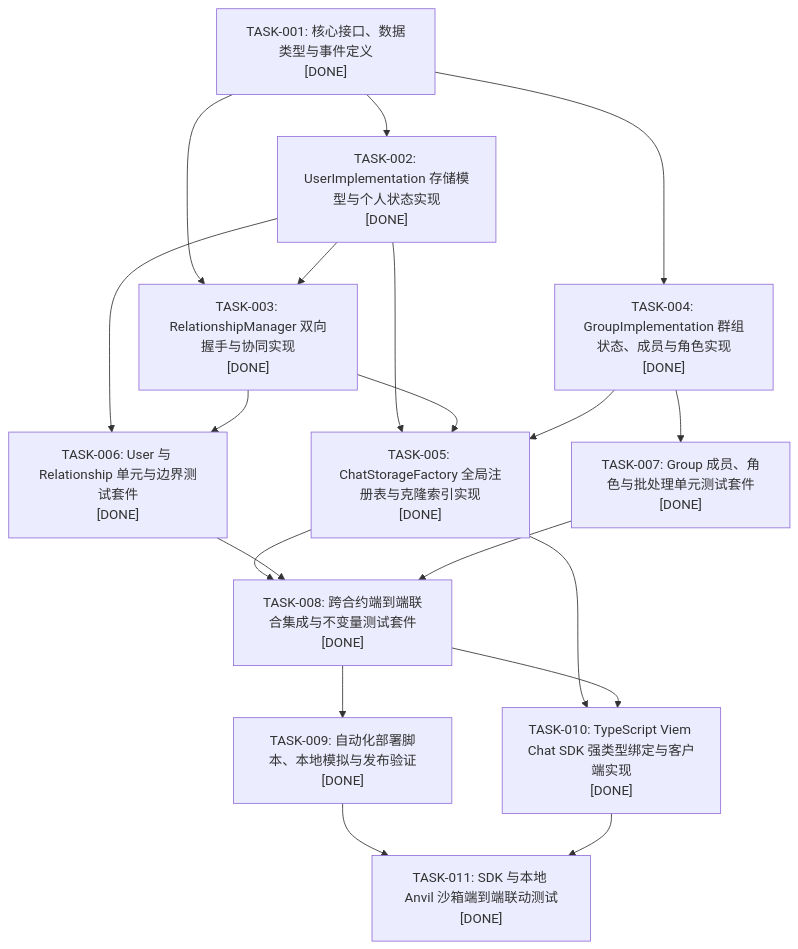
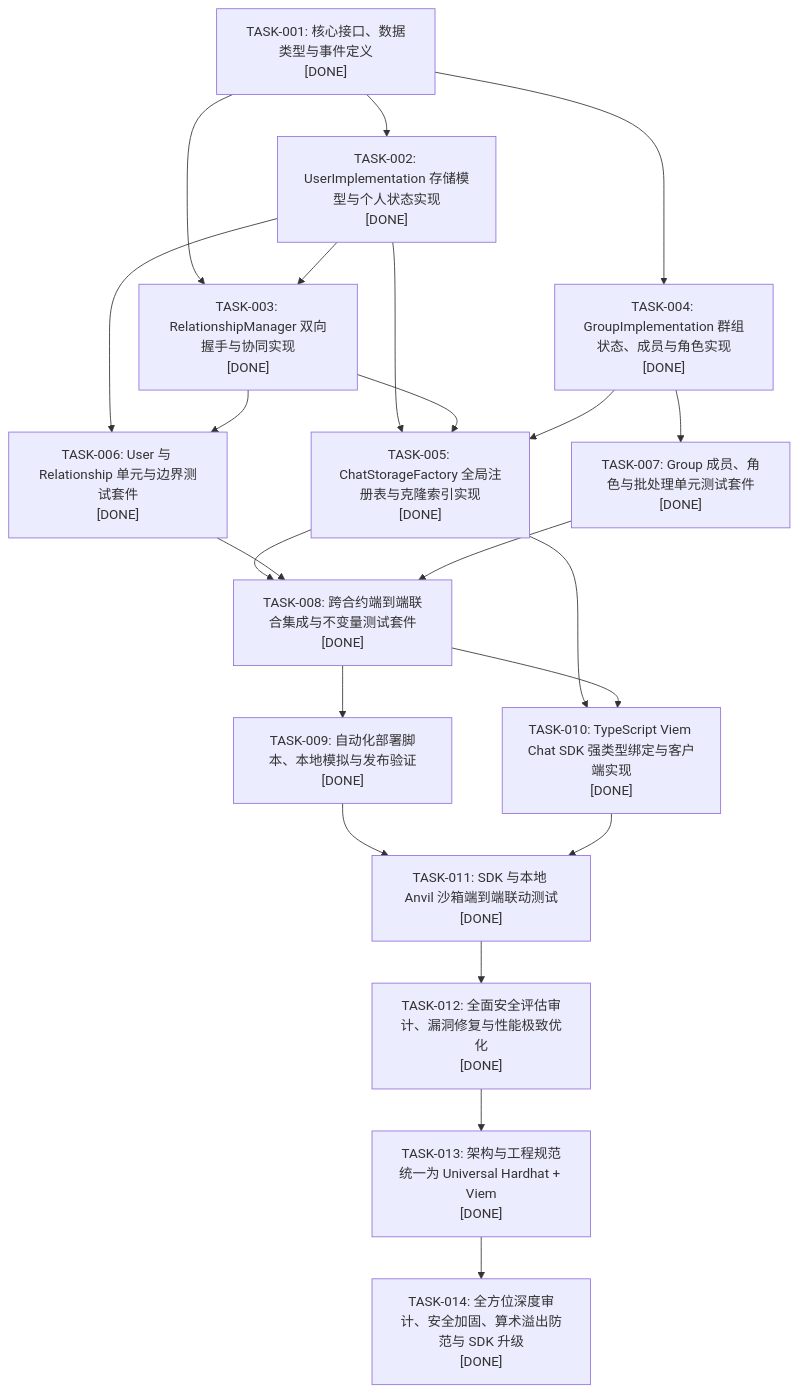
Before and after one commit to xzsean666/web3-chat-contract: the diagram in docs/AI/TASK_INDEX.md, drawn with Mermaid. The commit also changed other lines of this file and 125 other files, not shown here.

Commit message:
feat(audit): unify Hardhat Viem toolchain, apply security & performance audit hardening, and update SDK

````diff
--- a/docs/AI/TASK_INDEX.md
+++ b/docs/AI/TASK_INDEX.md
@@ -9,26 +9,32 @@
 ```mermaid
 flowchart TD
     TASK001["TASK-001: 核心接口、数据类型与事件定义\n[DONE]"]
     TASK002["TASK-002: UserImplementation 存储模型与个人状态实现\n[DONE]"]
     TASK003["TASK-003: RelationshipManager 双向握手与协同实现\n[DONE]"]
     TASK004["TASK-004: GroupImplementation 群组状态、成员与角色实现\n[DONE]"]
     TASK005["TASK-005: ChatStorageFactory 全局注册表与克隆索引实现\n[DONE]"]
     TASK006["TASK-006: User 与 Relationship 单元与边界测试套件\n[DONE]"]
     TASK007["TASK-007: Group 成员、角色与批处理单元测试套件\n[DONE]"]
     TASK008["TASK-008: 跨合约端到端联合集成与不变量测试套件\n[DONE]"]
     TASK009["TASK-009: 自动化部署脚本、本地模拟与发布验证\n[DONE]"]
     TASK010["TASK-010: TypeScript Viem Chat SDK 强类型绑定与客户端实现\n[DONE]"]
     TASK011["TASK-011: SDK 与本地 Anvil 沙箱端到端联动测试\n[DONE]"]
+    TASK012["TASK-012: 全面安全评估审计、漏洞修复与性能极致优化\n[DONE]"]
+    TASK013["TASK-013: 架构与工程规范统一为 Universal Hardhat + Viem\n[DONE]"]
+    TASK014["TASK-014: 全方位深度审计、安全加固、算术溢出防范与 SDK 升级\n[DONE]"]
 
     TASK001 --> TASK002
     TASK001 --> TASK003
     TASK002 --> TASK003
     TASK001 --> TASK004
     TASK002 & TASK003 & TASK004 --> TASK005
     TASK002 & TASK003 --> TASK006
     TASK004 --> TASK007
     TASK005 & TASK006 & TASK007 --> TASK008
     TASK008 --> TASK009
     TASK005 & TASK008 --> TASK010
     TASK009 & TASK010 --> TASK011
+    TASK011 --> TASK012
+    TASK012 --> TASK013
+    TASK013 --> TASK014
 ```
````
